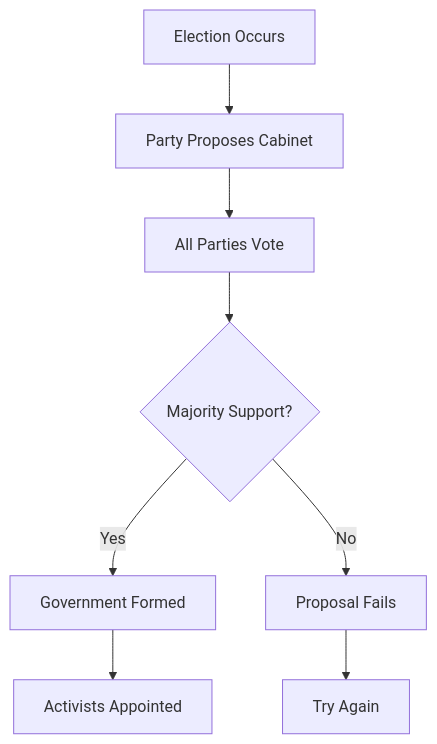
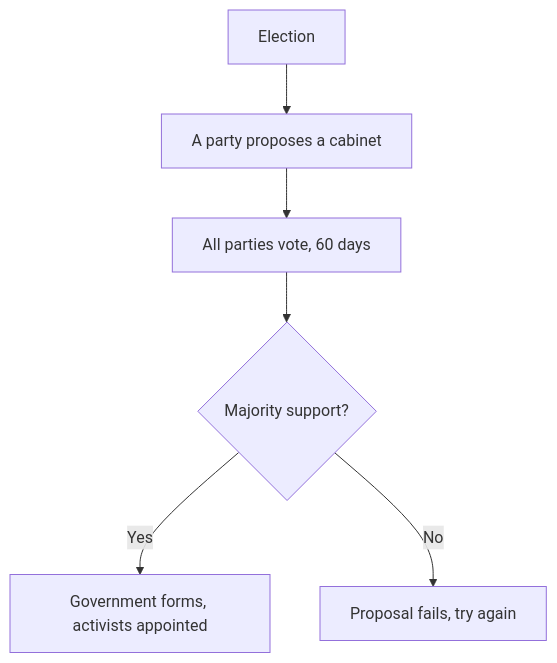
Before and after one commit to hankhank10/lawmaker-wiki: the diagram in docs/gameplay/cabinet.md, drawn with Mermaid. The commit also changed other lines of this file and 21 other files, not shown here.

````diff
--- a/docs/gameplay/cabinet.md
+++ b/docs/gameplay/cabinet.md
@@ -68,10 +14,8 @@
 ```mermaid
 graph TD
-    A[Election Occurs] --> B[Party Proposes Cabinet]
-    B --> C[All Parties Vote]
-    C --> D{Majority Support?}
-    D -->|Yes| E[Government Formed]
-    D -->|No| F[Proposal Fails]
-    E --> G[Activists Appointed]
-    F --> H[Try Again]
+    A[Election] --> B[A party proposes a cabinet]
+    B --> C[All parties vote, 60 days]
+    C --> D{Majority support?}
+    D -->|Yes| E[Government forms, activists appointed]
+    D -->|No| F[Proposal fails, try again]
 ```
````
